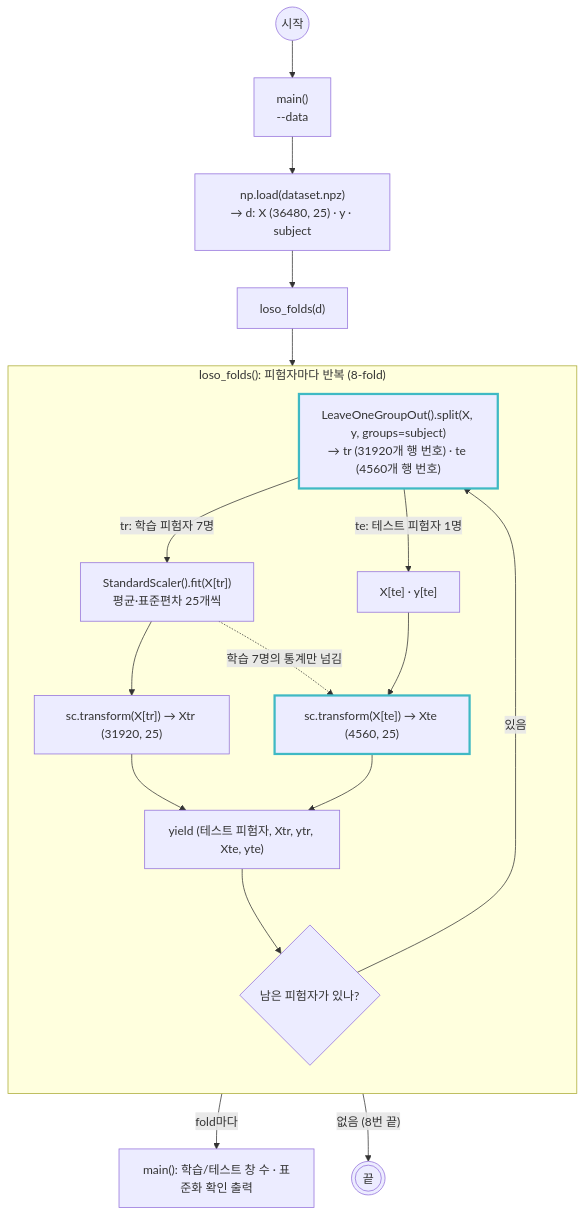
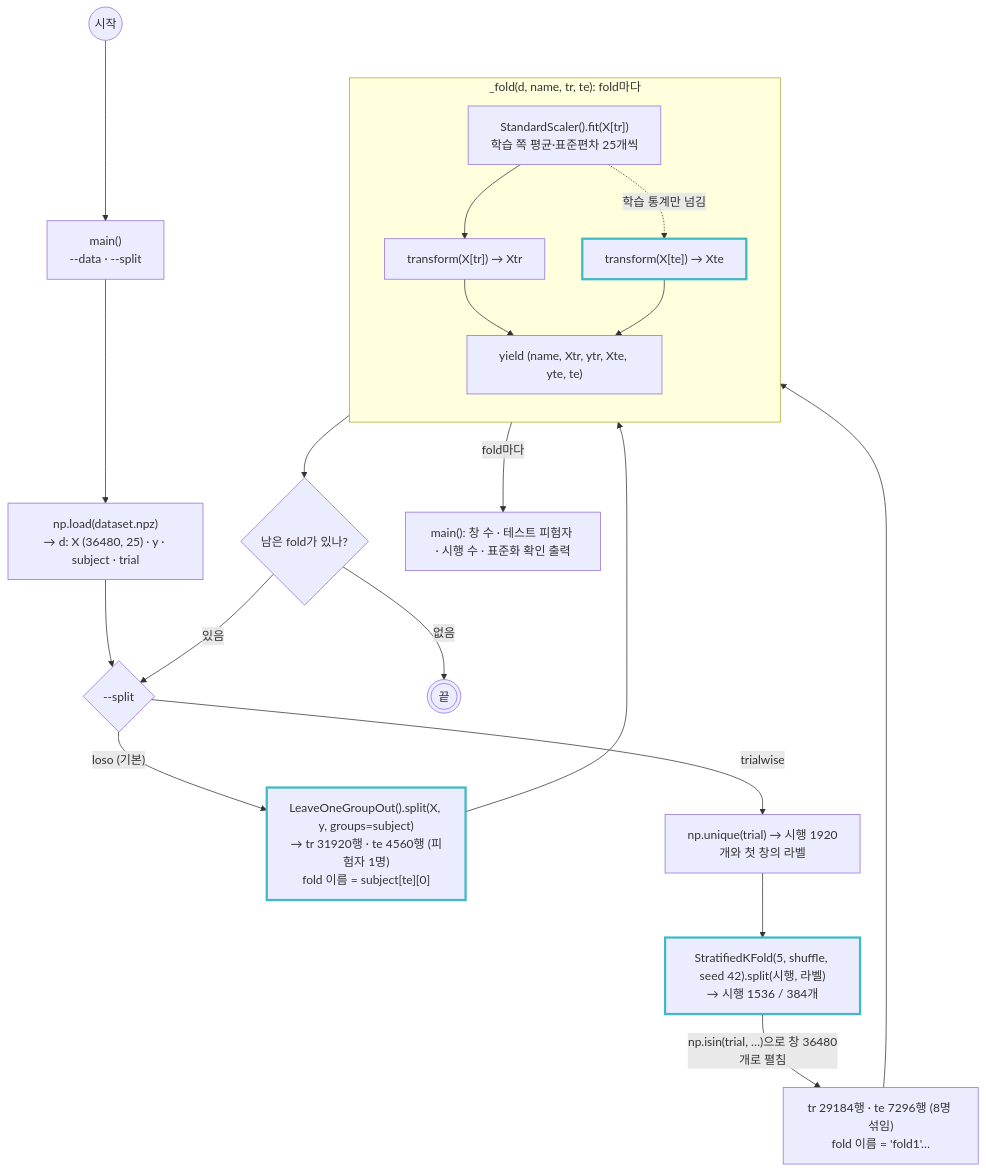
One commit to wm-shin/semg_arm_pred changed the diagram in docs/loso.md. Above: the diagram before and after it, drawn with Mermaid. The commit also changed other lines of this file and 28 other files, not shown here.

````diff
--- a/docs/loso.md
+++ b/docs/loso.md
@@ -8,27 +15,31 @@
 ```mermaid
 flowchart TD
-    start((시작)) --> M["main()<br/>--data"]
-    M --> L["np.load(dataset.npz)<br/>→ d: X (36480, 25) · y · subject"]
-    L --> LF["loso_folds(d)"]
+    start((시작)) --> M["main()<br/>--data · --split"]
+    M --> L["np.load(dataset.npz)<br/>→ d: X (36480, 25) · y · subject · trial"]
+    L --> SW{"--split"}
 
-    subgraph G["loso_folds(): 피험자마다 반복 (8-fold)"]
+    SW -- "loso (기본)" --> LS["LeaveOneGroupOut().split(X, y, groups=subject)<br/>→ tr 31920행 · te 4560행 (피험자 1명)<br/>fold 이름 = subject[te][0]"]
+    SW -- "trialwise" --> TU["np.unique(trial) → 시행 1920개와 첫 창의 라벨"]
+    TU --> TS["StratifiedKFold(5, shuffle, seed 42).split(시행, 라벨)<br/>→ 시행 1536 / 384개"]
+    TS -- "np.isin(trial, …)으로 창 36480개로 펼침" --> TE["tr 29184행 · te 7296행 (8명 섞임)<br/>fold 이름 = 'fold1'…"]
+
+    subgraph F["_fold(d, name, tr, te): fold마다"]
         direction TB
-        S["LeaveOneGroupOut().split(X, y, groups=subject)<br/>→ tr (31920개 행 번호) · te (4560개 행 번호)"]
-        S -- "tr: 학습 피험자 7명" --> FIT["StandardScaler().fit(X[tr])<br/>평균·표준편차 25개씩"]
-        S -- "te: 테스트 피험자 1명" --> TE["X[te] · y[te]"]
-        FIT --> TR["sc.transform(X[tr]) → Xtr (31920, 25)"]
-        FIT -. "학습 7명의 통계만 넘김" .-> TTE["sc.transform(X[te]) → Xte (4560, 25)"]
-        TE --> TTE
-        TR --> Y["yield (테스트 피험자, Xtr, ytr, Xte, yte)"]
+        FIT["StandardScaler().fit(X[tr])<br/>학습 쪽 평균·표준편차 25개씩"]
+        FIT --> TR["transform(X[tr]) → Xtr"]
+        FIT -. "학습 통계만 넘김" .-> TTE["transform(X[te]) → Xte"]
+        TR --> Y["yield (name, Xtr, ytr, Xte, yte, te)"]
         TTE --> Y
-        Y --> D{"남은 피험자가 있나?"}
-        D -- "있음" --> S
     end
 
-    LF --> G
-    Y -- "fold마다" --> OUT["main(): 학습/테스트 창 수 · 표준화 확인 출력"]
-    D -- "없음 (8번 끝)" --> stop(((끝)))
+    LS --> F
+    TE --> F
+    Y --> D{"남은 fold가 있나?"}
+    D -- "있음" --> SW
+    Y -- "fold마다" --> OUT["main(): 창 수 · 테스트 피험자 · 시행 수 · 표준화 확인 출력"]
+    D -- "없음" --> stop(((끝)))
 
-    style S stroke:#3fb9c4,stroke-width:3px
+    style LS stroke:#3fb9c4,stroke-width:3px
+    style TS stroke:#3fb9c4,stroke-width:3px
     style TTE stroke:#3fb9c4,stroke-width:3px
 ```
````
